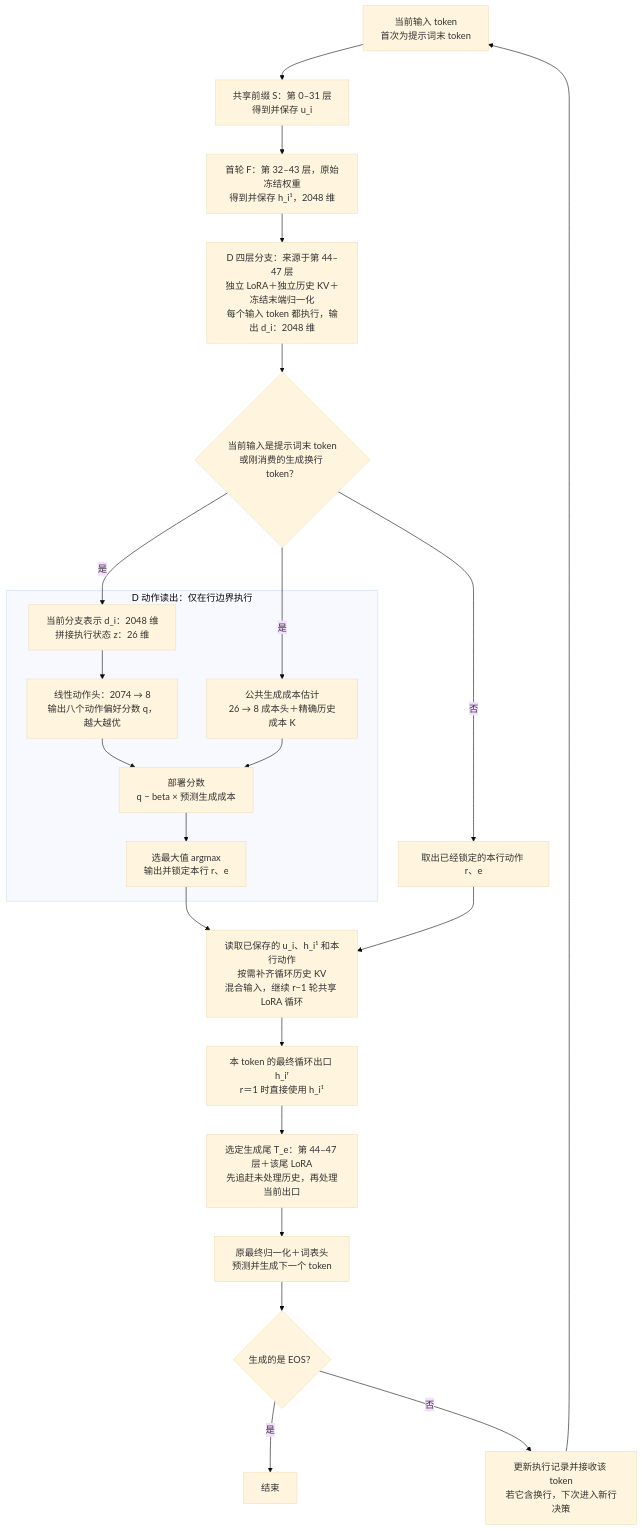
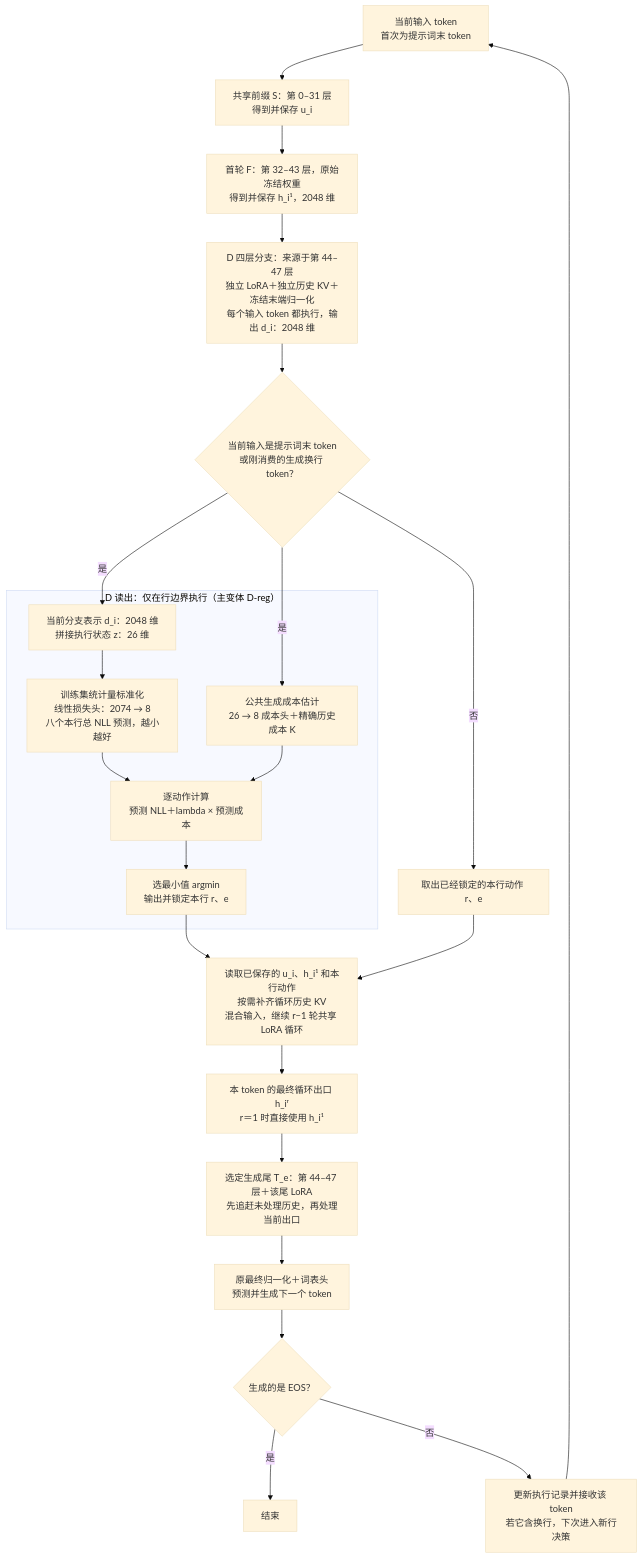
Before and after one commit to Camellia86/Jev-for-MoR-and-MoE: the third of 4 diagrams in docs/ARCHITECTURE_FLOW.v4.zh-CN.md, drawn with Mermaid (base theme). The commit also changed other lines of this file and 7 other files, not shown here.

First line of the commit message:
docs: summarize experiments and freeze v4 row-loop architecture

````diff
--- a/docs/ARCHITECTURE_FLOW.v4.zh-CN.md
+++ b/docs/ARCHITECTURE_FLOW.v4.zh-CN.md
@@ -134,38 +134,38 @@
 ```mermaid
 flowchart TD
     DX["当前输入 token<br/>首次为提示词末 token"]
     DS["共享前缀 S：第 0–31 层<br/>得到并保存 u_i"]
     DF["首轮 F：第 32–43 层，原始冻结权重<br/>得到并保存 h_i¹，2048 维"]
     DD["D 四层分支：来源于第 44–47 层<br/>独立 LoRA＋独立历史 KV＋冻结末端归一化<br/>每个输入 token 都执行，输出 d_i：2048 维"]
     DB{"当前输入是提示词末 token<br/>或刚消费的生成换行 token？"}
     DOLD["取出已经锁定的本行动作 r、e"]
 
-    subgraph DHEAD["D 动作读出：仅在行边界执行"]
+    subgraph DHEAD["D 读出：仅在行边界执行（主变体 D-reg）"]
         DI["当前分支表示 d_i：2048 维<br/>拼接执行状态 z：26 维"]
-        DQ["线性动作头：2074 → 8<br/>输出八个动作偏好分数 q，越大越优"]
+        DQ["训练集统计量标准化<br/>线性损失头：2074 → 8<br/>八个本行总 NLL 预测，越小越好"]
         DC["公共生成成本估计<br/>26 → 8 成本头＋精确历史成本 K"]
-        DR["部署分数<br/>q − beta × 预测生成成本"]
-        DA["选最大值 argmax<br/>输出并锁定本行 r、e"]
+        DR["逐动作计算<br/>预测 NLL＋lambda × 预测成本"]
+        DA["选最小值 argmin<br/>输出并锁定本行 r、e"]
         DI --> DQ --> DR
         DC --> DR
         DR --> DA
     end
 
     DL["读取已保存的 u_i、h_i¹ 和本行动作<br/>按需补齐循环历史 KV<br/>混合输入，继续 r−1 轮共享 LoRA 循环"]
     DE["本 token 的最终循环出口 h_iʳ<br/>r＝1 时直接使用 h_i¹"]
     DT["选定生成尾 T_e：第 44–47 层＋该尾 LoRA<br/>先追赶未处理历史，再处理当前出口"]
     DV["原最终归一化＋词表头<br/>预测并生成下一个 token"]
     DEOS{"生成的是 EOS？"}
     DEND["结束"]
     DNEXT["更新执行记录并接收该 token<br/>若它含换行，下次进入新行决策"]
 
     DX --> DS --> DF --> DD --> DB
     DB -->|"是"| DI
     DB -->|"是"| DC
     DB -->|"否"| DOLD
     DA --> DL
     DOLD --> DL
     DL --> DE --> DT --> DV --> DEOS
     DEOS -->|"是"| DEND
     DEOS -->|"否"| DNEXT --> DX
 ```
````
